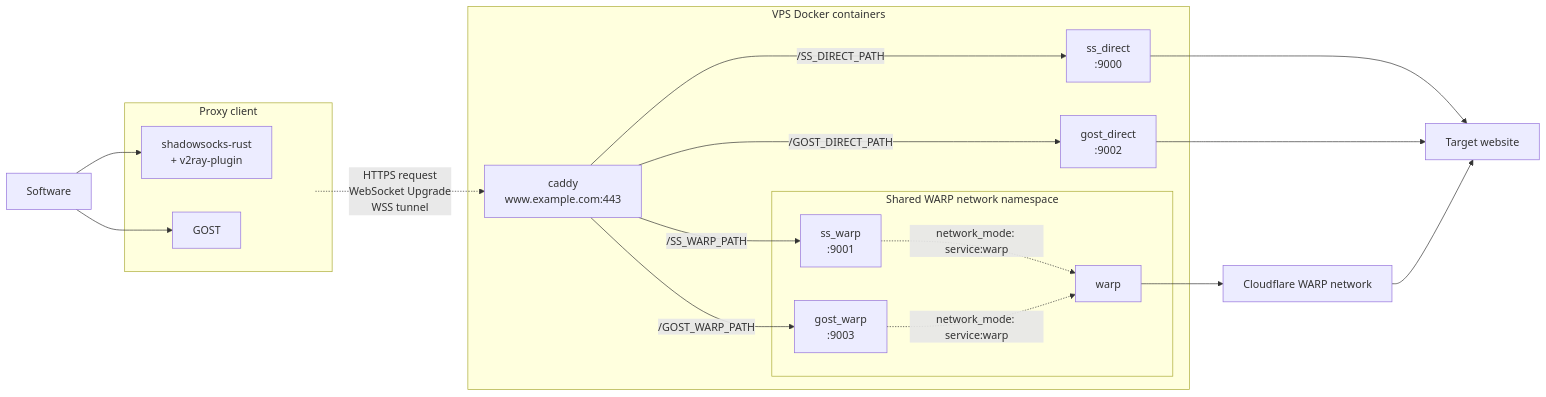
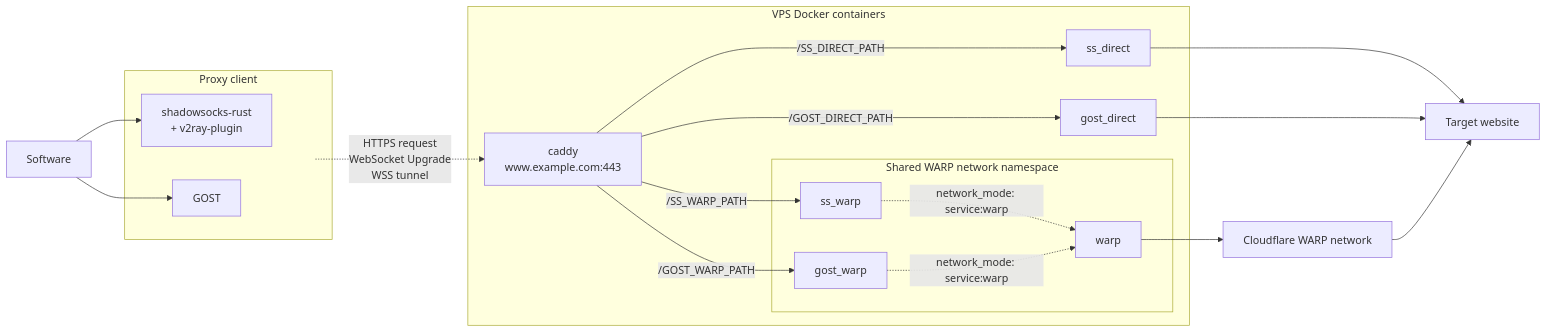
One commit to zmyxpt/proxy_deploy changed the diagram in README.md. Above: the diagram before and after it, drawn with Mermaid. The commit also changed other lines of this file and 17 other files, not shown here.

````diff
--- a/README.md
+++ b/README.md
@@ -15,46 +15,46 @@
 ```mermaid
 flowchart LR
     SOFTWARE["Software"]
 
     subgraph CLIENT["Proxy client"]
         SSCLIENT["shadowsocks-rust<br/>+ v2ray-plugin"]
         GOSTCLIENT["GOST"]
         CLIENTOUT((" "))
 
         SSCLIENT ~~~ CLIENTOUT
         GOSTCLIENT ~~~ CLIENTOUT
     end
 
     subgraph DOCKER["VPS Docker containers"]
         CADDY["caddy<br/>www.example.com:443"]
-        SSDIRECT["ss_direct<br/>:9000"]
-        GOSTDIRECT["gost_direct<br/>:9002"]
+        SSDIRECT["ss_direct"]
+        GOSTDIRECT["gost_direct"]
 
         subgraph WARPNS["Shared WARP network namespace"]
-            SSWARP["ss_warp<br/>:9001"]
-            GOSTWARP["gost_warp<br/>:9003"]
+            SSWARP["ss_warp"]
+            GOSTWARP["gost_warp"]
             WARP["warp"]
         end
     end
 
     CLOUDFLARE["Cloudflare WARP network"]
     TARGET["Target website"]
 
     SOFTWARE --> SSCLIENT
     SOFTWARE --> GOSTCLIENT
     CLIENTOUT -. HTTPS request<br/>WebSocket Upgrade<br/>WSS tunnel .-> CADDY
 
     CADDY -->|/SS_DIRECT_PATH| SSDIRECT
     CADDY -->|/SS_WARP_PATH| SSWARP
     CADDY -->|/GOST_DIRECT_PATH| GOSTDIRECT
     CADDY -->|/GOST_WARP_PATH| GOSTWARP
 
     SSDIRECT --> TARGET
     GOSTDIRECT --> TARGET
     SSWARP -. network_mode: service:warp .-> WARP
     GOSTWARP -. network_mode: service:warp .-> WARP
     WARP --> CLOUDFLARE
     CLOUDFLARE --> TARGET
 
     style CLIENTOUT fill:none,stroke:none
 ```
````
